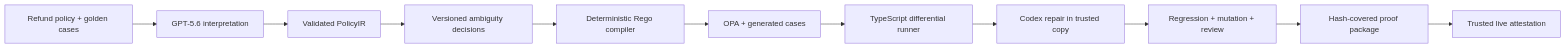
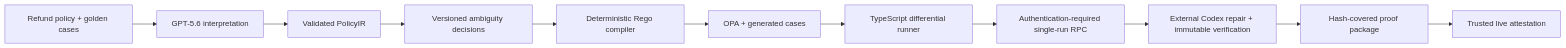
Before and after one commit to sel-chan/policytwin: the diagram in README.md, drawn with Mermaid. The commit also changed other lines of this file and 35 other files, not shown here.

Commit message:
feat: add external worker RPC and container boundary

````diff
--- a/README.md
+++ b/README.md
@@ -24,13 +24,13 @@
 ```mermaid
 flowchart LR
   A["Refund policy + golden cases"] --> B["GPT-5.6 interpretation"]
   B --> C["Validated PolicyIR"]
   C --> D["Versioned ambiguity decisions"]
   D --> E["Deterministic Rego compiler"]
   E --> F["OPA + generated cases"]
   F --> G["TypeScript differential runner"]
-  G --> H["Codex repair in trusted copy"]
-  H --> I["Regression + mutation + review"]
+  G --> H["Authentication-required single-run RPC"]
+  H --> I["External Codex repair + immutable verification"]
   I --> J["Hash-covered proof package"]
   J --> K["Trusted live attestation"]
 ```
````
